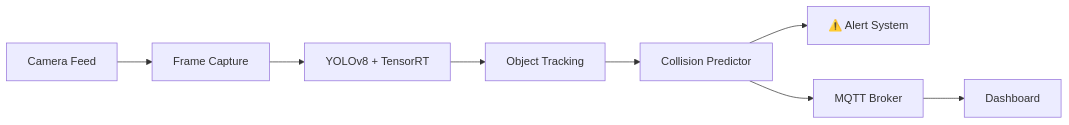
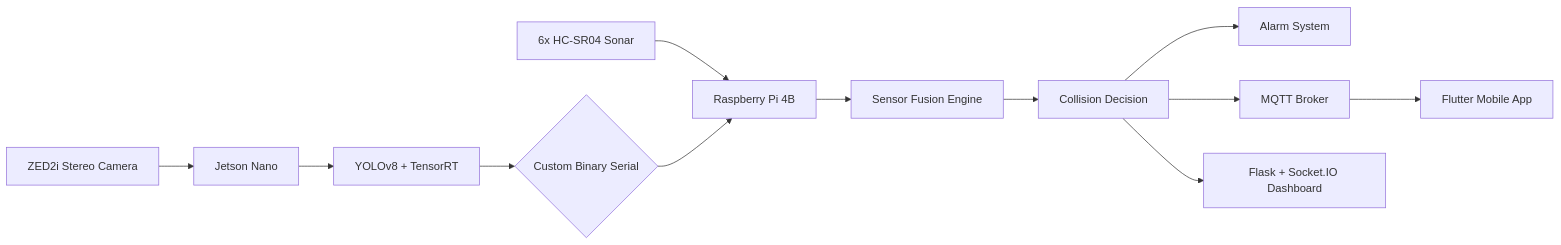
The sixth of 8 diagrams in README.md (dawarazhar11/dawarazhar11), drawn with Mermaid before and after one commit. The commit also changed other lines of this file, not shown here.

Commit message:
Full revamp: resume details, API dev emphasis, all projects with architecture diagrams, education

````diff
--- a/README.md
+++ b/README.md
@@ -255,10 +254,14 @@
 ```mermaid
 graph LR
-    A[Camera Feed] --> B[Frame Capture]
+    A[ZED2i Stereo Camera] --> B[Jetson Nano]
     B --> C[YOLOv8 + TensorRT]
-    C --> D[Object Tracking]
-    D --> E[Collision Predictor]
-    E --> F[⚠️ Alert System]
-    E --> G[MQTT Broker]
-    G --> H[Dashboard]
+    C --> D{Custom Binary Serial}
+    E[6x HC-SR04 Sonar] --> F[Raspberry Pi 4B]
+    D --> F
+    F --> G[Sensor Fusion Engine]
+    G --> H[Collision Decision]
+    H --> I[Alarm System]
+    H --> J[MQTT Broker]
+    J --> K[Flutter Mobile App]
+    H --> L[Flask + Socket.IO Dashboard]
 ```
````
